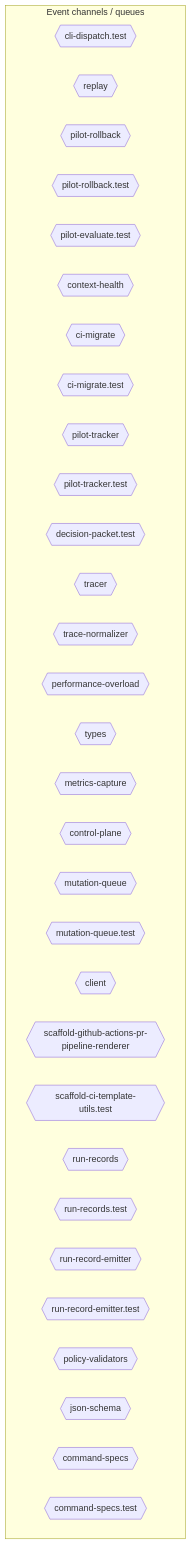
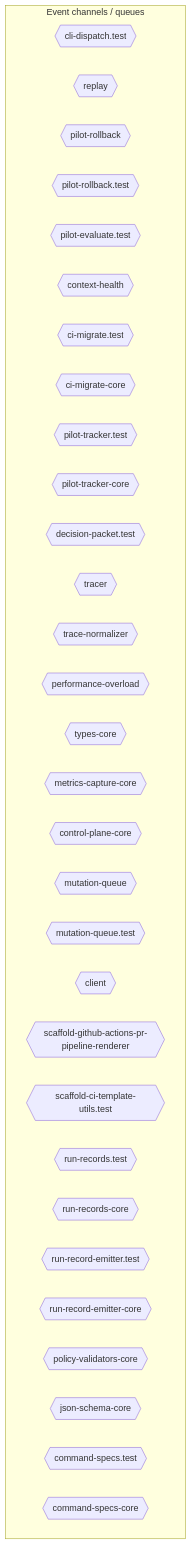
The sixth of 10 diagrams in AI/context/diagram-context.md (jscraik/coding-harness), drawn with Mermaid before and after one commit. The commit also changed other lines of this file and 56 other files, not shown here.

````diff
--- a/AI/context/diagram-context.md
+++ b/AI/context/diagram-context.md
@@ -2088,37 +2218,37 @@
 ```mermaid
 flowchart TD
   subgraph Channels["Event channels / queues"]
     cli_dispatch_test_54c9f17b{{"cli-dispatch.test"}}
     replay_ac203c98{{"replay"}}
     pilot_rollback_00c1f82c{{"pilot-rollback"}}
     pilot_rollback_test_e61d5a2b{{"pilot-rollback.test"}}
     pilot_evaluate_test_a2ac06fc{{"pilot-evaluate.test"}}
     context_health_80bb7da9{{"context-health"}}
-    ci_migrate_78bb70b1{{"ci-migrate"}}
     ci_migrate_test_2a015bb9{{"ci-migrate.test"}}
-    pilot_tracker_5c767813{{"pilot-tracker"}}
+    ci_migrate_core_7005b5af{{"ci-migrate-core"}}
     pilot_tracker_test_80398a66{{"pilot-tracker.test"}}
+    pilot_tracker_core_80d8ac96{{"pilot-tracker-core"}}
     decision_packet_test_9ea0e97b{{"decision-packet.test"}}
     tracer_1e6243a2{{"tracer"}}
     trace_normalizer_cb1be1d2{{"trace-normalizer"}}
     performance_overload_c685bfcf{{"performance-overload"}}
-    types_10_75e5a4a0{{"types"}}
-    metrics_capture_1d1a2c08{{"metrics-capture"}}
-    control_plane_96826665{{"control-plane"}}
+    types_core_e405ddca{{"types-core"}}
+    metrics_capture_core_db4bf7cf{{"metrics-capture-core"}}
+    control_plane_core_db3b4cb2{{"control-plane-core"}}
     mutation_queue_ce5a530e{{"mutation-queue"}}
     mutation_queue_test_10b599e8{{"mutation-queue.test"}}
     client_1_914e1681{{"client"}}
     scaffold_github_actions_pr_pipeline_renderer_1ee18de5{{"scaffold-github-actions-pr-pipeline-renderer"}}
     scaffold_ci_template_utils_test_b94825d9{{"scaffold-ci-template-utils.test"}}
-    run_records_f616aa7c{{"run-records"}}
     run_records_test_3ee6a0e3{{"run-records.test"}}
-    run_record_emitter_00168a3a{{"run-record-emitter"}}
+    run_records_core_89286dfa{{"run-records-core"}}
     run_record_emitter_test_5475c0da{{"run-record-emitter.test"}}
-    policy_validators_6682e192{{"policy-validators"}}
-    json_schema_74a768d7{{"json-schema"}}
-    command_specs_69167c63{{"command-specs"}}
+    run_record_emitter_core_688049d5{{"run-record-emitter-core"}}
+    policy_validators_core_714a3fe7{{"policy-validators-core"}}
+    json_schema_core_96d7e328{{"json-schema-core"}}
     command_specs_test_7f693e85{{"command-specs.test"}}
+    command_specs_core_1c0ffc99{{"command-specs-core"}}
   end
   classDef eventNode fill:#db2777,color:#fff
 
 ```
````
